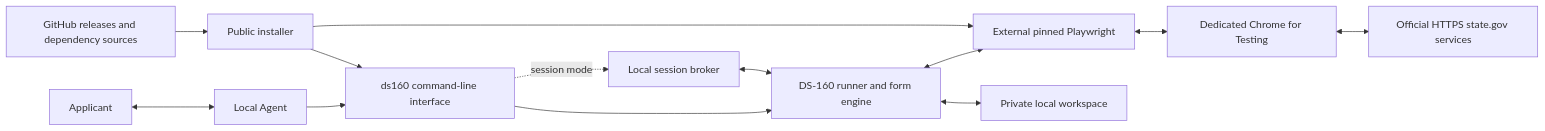
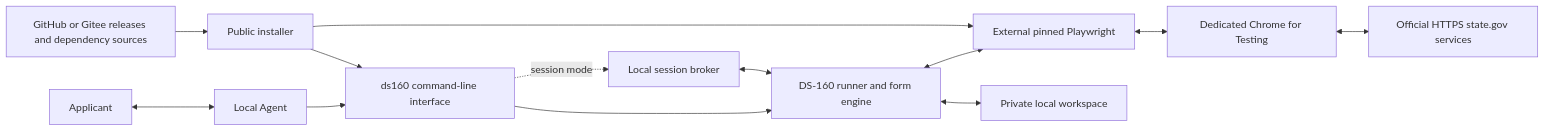
One commit to gamhoi/ds160-autofill-releases changed the diagram in docs/architecture.md. Above: the diagram before and after it, drawn with Mermaid. The commit also changed other lines of this file and 9 other files, not shown here.

````diff
--- a/docs/architecture.md
+++ b/docs/architecture.md
@@ -10,15 +10,15 @@
 ```mermaid
 flowchart LR
   U[Applicant] <--> A[Local Agent]
   A --> C[ds160 command-line interface]
   C --> R[DS-160 runner and form engine]
   C -. session mode .-> B[Local session broker]
   B <--> R
   R <--> P[External pinned Playwright]
   P <--> H[Dedicated Chrome for Testing]
   H <--> S[Official HTTPS state.gov services]
   R <--> W[Private local workspace]
   I[Public installer] --> C
   I --> P
-  G[GitHub releases and dependency sources] --> I
+  G[GitHub or Gitee releases and dependency sources] --> I
 ```
````
